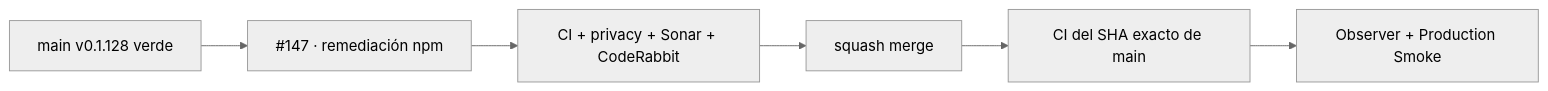
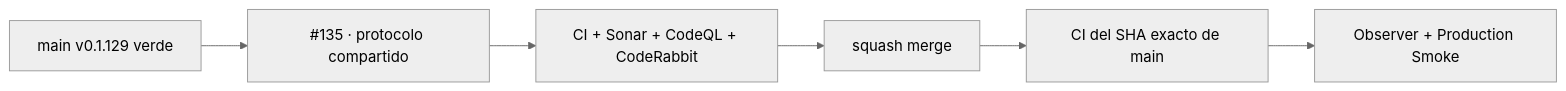
One commit to pl0n3r/GrindFlow changed the diagram in README.md. Above: the diagram before and after it, drawn with Mermaid (neutral theme). The commit also changed other lines of this file and 2 other files, not shown here.

Commit message:
docs: acotar precedencia del protocolo Factory (V 0.1.130)

````diff
--- a/README.md
+++ b/README.md
@@ -50,8 +51,8 @@
 ```mermaid
 flowchart LR
-  A["main v0.1.128 verde"] --> B["#147 · remediación npm"]
-  B --> C["CI + privacy + Sonar + CodeRabbit"]
+  A["main v0.1.129 verde"] --> B["#135 · protocolo compartido"]
+  B --> C["CI + Sonar + CodeQL + CodeRabbit"]
   C --> M["squash merge"]
   M --> X["CI del SHA exacto de main"]
   X --> P["Observer + Production Smoke"]
 ```
````
